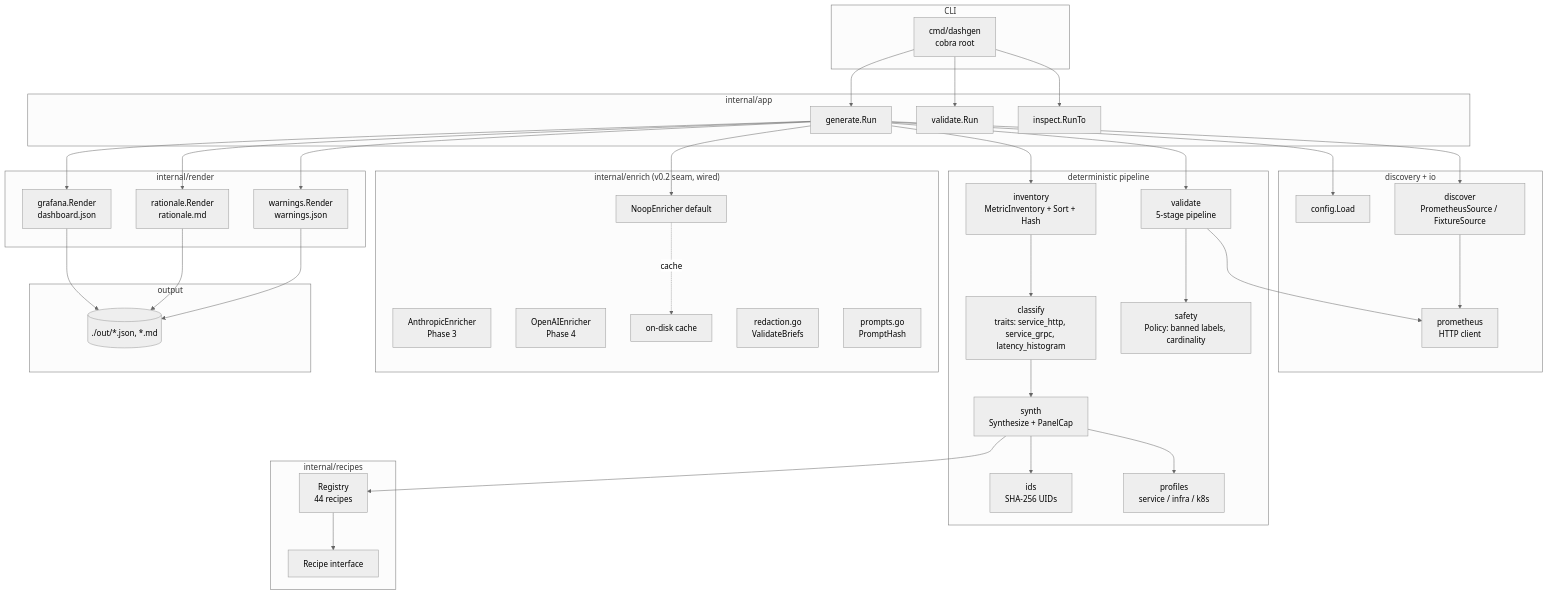
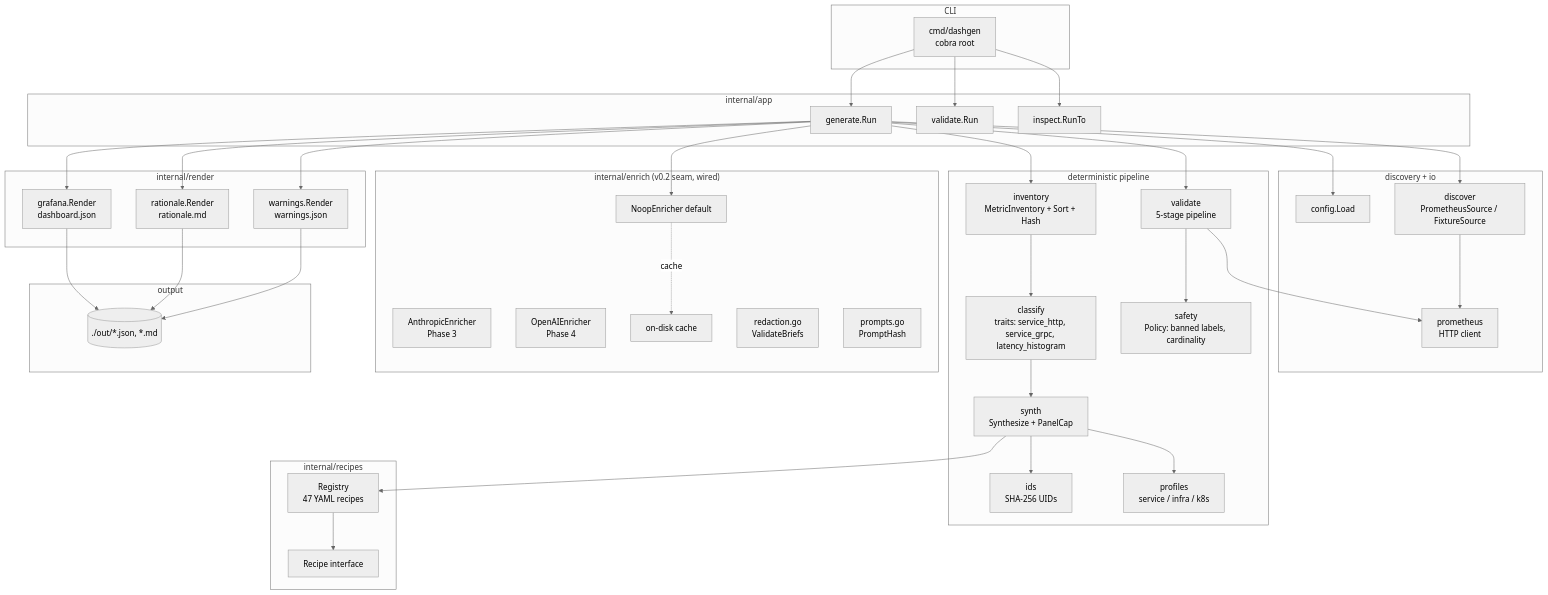
One commit to hemzaz/dashgen changed the first of 2 diagrams in docs/CODEBASE_MAP.md. Above: the diagram before and after it, drawn with Mermaid (neutral theme). The commit also changed other lines of this file and 5 other files, not shown here.

````diff
--- a/docs/CODEBASE_MAP.md
+++ b/docs/CODEBASE_MAP.md
@@ -20,70 +20,70 @@
 ```mermaid
 graph TB
     subgraph CLI
         Cmd[cmd/dashgen<br/>cobra root]
     end
     subgraph App["internal/app"]
         Gen[generate.Run]
         Val[validate.Run]
         Ins[inspect.RunTo]
     end
     subgraph Backend["discovery + io"]
         Cfg[config.Load]
         Dis[discover<br/>PrometheusSource / FixtureSource]
         Prom[prometheus<br/>HTTP client]
     end
     subgraph Core["deterministic pipeline"]
         Inv[inventory<br/>MetricInventory + Sort + Hash]
         Cls[classify<br/>traits: service_http, service_grpc, latency_histogram]
         Syn[synth<br/>Synthesize + PanelCap]
         Safe[safety<br/>Policy: banned labels, cardinality]
         Vld[validate<br/>5-stage pipeline]
         IDs[ids<br/>SHA-256 UIDs]
         Prof[profiles<br/>service / infra / k8s]
     end
     subgraph Recipes["internal/recipes"]
-        Reg[Registry<br/>44 recipes]
+        Reg[Registry<br/>47 YAML recipes]
         Rcp[Recipe interface]
     end
     subgraph Render["internal/render"]
         RG[grafana.Render<br/>dashboard.json]
         RR[rationale.Render<br/>rationale.md]
         RW[warnings.Render<br/>warnings.json]
     end
     subgraph Enrich["internal/enrich (v0.2 seam, wired)"]
         NoopE[NoopEnricher default]
         Anth[AnthropicEnricher<br/>Phase 3]
         OAI[OpenAIEnricher<br/>Phase 4]
         Cache[on-disk cache]
         Red[redaction.go<br/>ValidateBriefs]
         Pmt[prompts.go<br/>PromptHash]
     end
     subgraph Out[output]
         Files[(./out/*.json, *.md)]
     end
 
     Cmd --> Gen
     Cmd --> Val
     Cmd --> Ins
     Gen --> Cfg
     Gen --> Dis
     Dis --> Prom
     Gen --> Inv
     Inv --> Cls
     Cls --> Syn
     Syn --> Reg
     Reg --> Rcp
     Syn --> IDs
     Syn --> Prof
     Gen --> Vld
     Vld --> Safe
     Vld --> Prom
     Gen --> RG
     Gen --> RR
     Gen --> RW
     RG --> Files
     RR --> Files
     RW --> Files
     Gen --> NoopE
     NoopE -. cache .-> Cache
 ```
````
